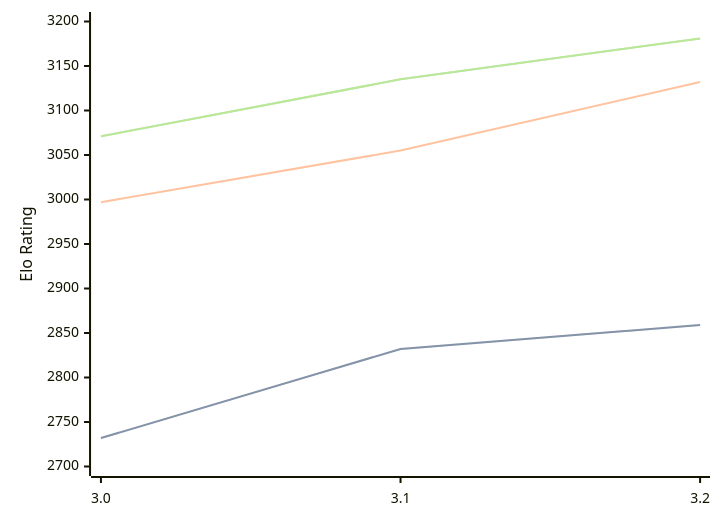
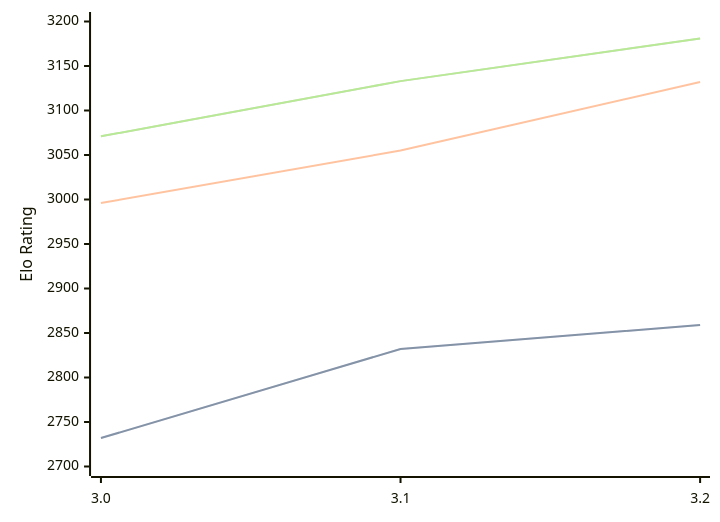
Before and after one commit to computer-chess-index/cci: the diagram in engines/Vajolet2.md, drawn with Mermaid. The commit also changed other lines of this file, not shown here.

Commit message:
Update CCI Ratings (ELO VLTC) - 2026-09-23

````diff
--- a/engines/Vajolet2.md
+++ b/engines/Vajolet2.md
@@ -33,11 +33,11 @@
 ```mermaid
 %%{init: {"theme":"base","themeVariables":{"seriesColors:['#a3a3a3','#222221','#faa371']}}}%%
 xychart-beta
   x-axis ["3.0", "3.1", "3.2"]
   y-axis "Elo Rating" 2700 --> 3200
   line "" [2732, 2832, 2859]
   line "STC (8.0+0.08s)" [2732, 2832, 2859]
-  line "LTC (60.0+0.60s)" [2997, 3055, 3132]
-  line "" [3071, 3135, 3181]
-  line "VLTC (2m24s+1.12s)" [3071, 3135, 3181]
+  line "LTC (60.0+0.60s)" [2996, 3055, 3132]
+  line "" [3071, 3133, 3181]
+  line "VLTC (2m24s+1.12s)" [3071, 3133, 3181]
 ```
````
